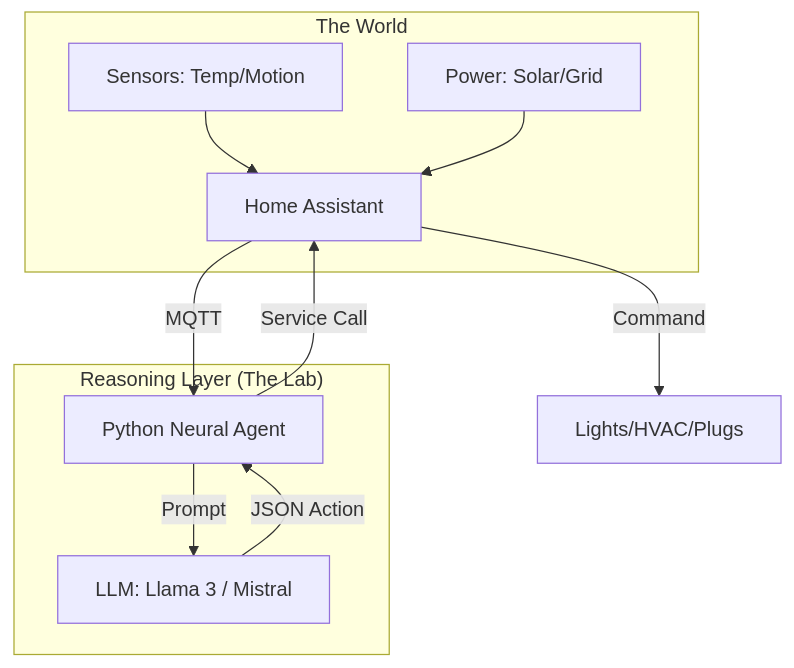
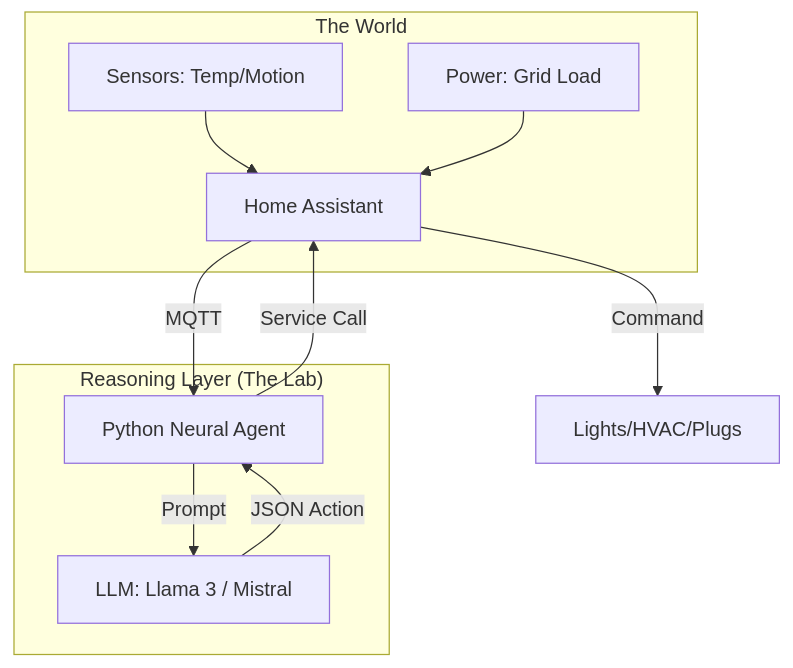
One commit to drajb/gekro changed the diagram in apps/web/src/content/experiments/neural-home-orchestrator.md. Above: the diagram before and after it, drawn with Mermaid. The commit also changed other lines of this file and 2 other files, not shown here.

````diff
--- a/apps/web/src/content/experiments/neural-home-orchestrator.md
+++ b/apps/web/src/content/experiments/neural-home-orchestrator.md
@@ -37,14 +37,14 @@
 ```mermaid
 graph TD
     subgraph "The World"
         S[Sensors: Temp/Motion] --> HA[Home Assistant]
-        P[Power: Solar/Grid] --> HA
+        P[Power: Grid Load] --> HA
     end
     subgraph "Reasoning Layer (The Lab)"
         HA -->|MQTT| A[Python Neural Agent]
         A -->|Prompt| LLM[LLM: Llama 3 / Mistral]
         LLM -->|JSON Action| A
     end
     A -->|Service Call| HA
     HA -->|Command| L[Lights/HVAC/Plugs]
 ```
````
